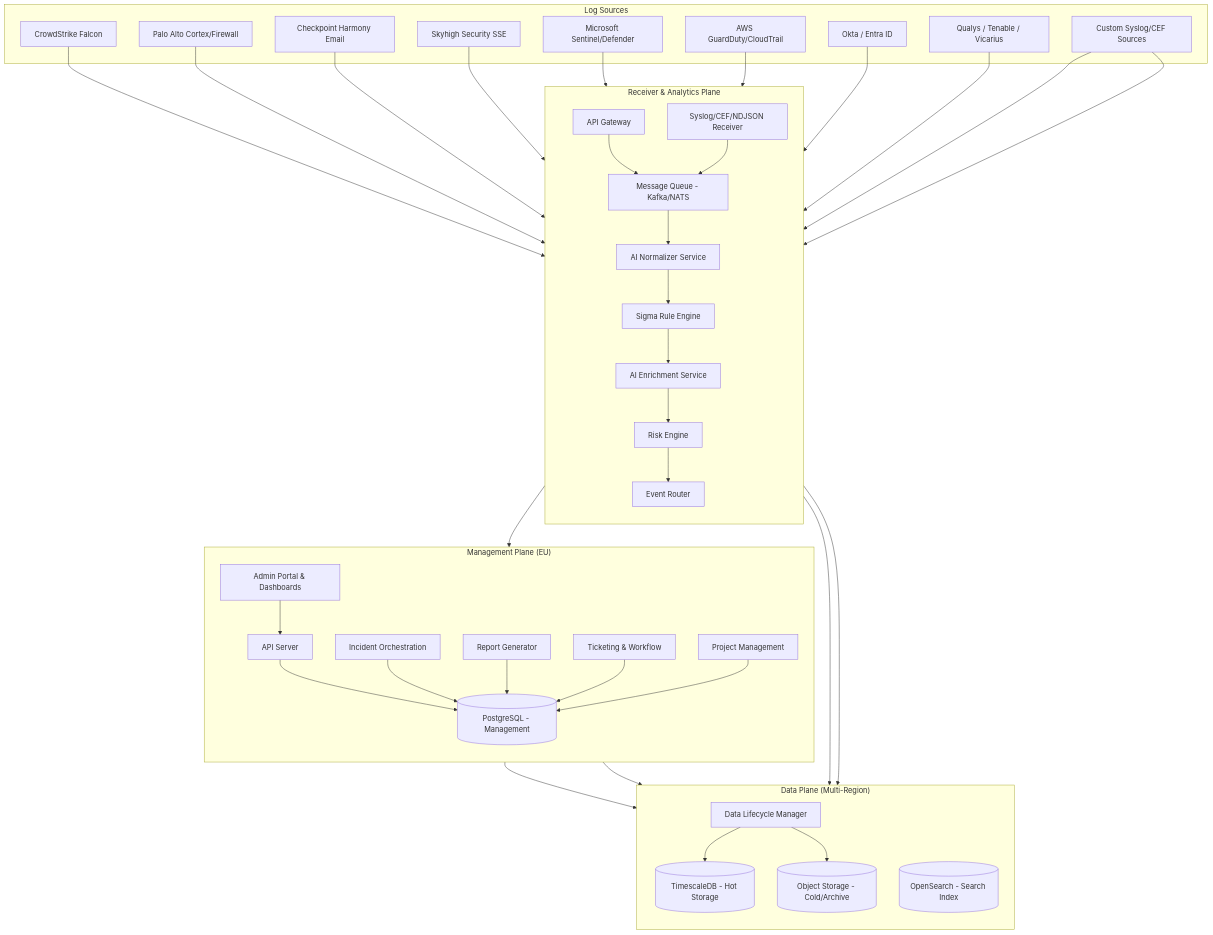
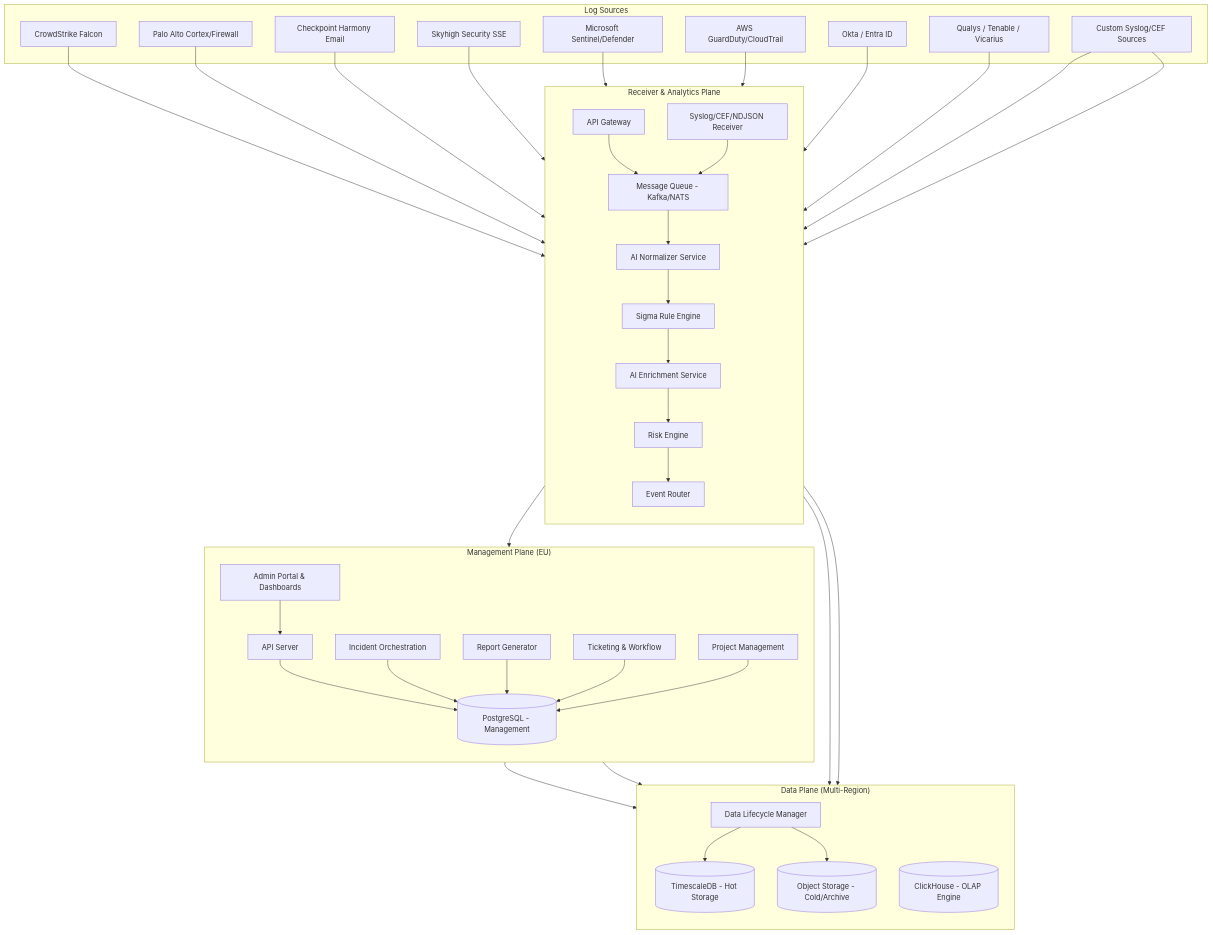
Before and after one commit to dufense/CyInsight: the first of 6 diagrams in ARCHITECTURE.md, drawn with Mermaid. The commit also changed other lines of this file and 133 other files, not shown here.

````diff
--- a/ARCHITECTURE.md
+++ b/ARCHITECTURE.md
@@ -28,71 +28,71 @@
 ```mermaid
 graph TB
     subgraph "Log Sources"
         LS1[CrowdStrike Falcon]
         LS2[Palo Alto Cortex/Firewall]
         LS3[Checkpoint Harmony Email]
         LS4[Skyhigh Security SSE]
         LS5[Microsoft Sentinel/Defender]
         LS6[AWS GuardDuty/CloudTrail]
         LS7[Okta / Entra ID]
         LS8[Qualys / Tenable / Vicarius]
         LS9[Custom Syslog/CEF Sources]
     end
 
     subgraph "Receiver & Analytics Plane"
         direction TB
         GW[API Gateway]
         SR[Syslog/CEF/NDJSON Receiver]
         MQ[Message Queue - Kafka/NATS]
         NRM[AI Normalizer Service]
         SGM[Sigma Rule Engine]
         ENR[AI Enrichment Service]
         RSK[Risk Engine]
         RTR[Event Router]
     end
 
     subgraph "Management Plane (EU)"
         direction TB
         API[API Server]
         INC[Incident Orchestration]
         RPT[Report Generator]
         TKT[Ticketing & Workflow]
         PRJ[Project Management]
         ADM[Admin Portal & Dashboards]
         PG_M[(PostgreSQL - Management)]
     end
 
     subgraph "Data Plane (Multi-Region)"
         direction TB
         TS[(TimescaleDB - Hot Storage)]
-        OS[(OpenSearch - Search Index)]
+        CH[(ClickHouse - OLAP Engine)]
         OBJ[(Object Storage - Cold/Archive)]
         DLM[Data Lifecycle Manager]
     end
 
     LS1 & LS2 & LS3 & LS4 & LS5 & LS6 & LS7 & LS8 & LS9 --> GW
     LS9 --> SR
     GW --> MQ
     SR --> MQ
     MQ --> NRM
     NRM --> SGM
     SGM --> ENR
     ENR --> RSK
     RSK --> RTR
 
     RTR --> TS
-    RTR --> OS
+    RTR --> CH
     RTR --> INC
 
     API --> PG_M
     INC --> PG_M
     RPT --> PG_M
     TKT --> PG_M
     PRJ --> PG_M
     ADM --> API
 
     API --> TS
-    API --> OS
+    API --> CH
     DLM --> TS
     DLM --> OBJ
 ```
````
